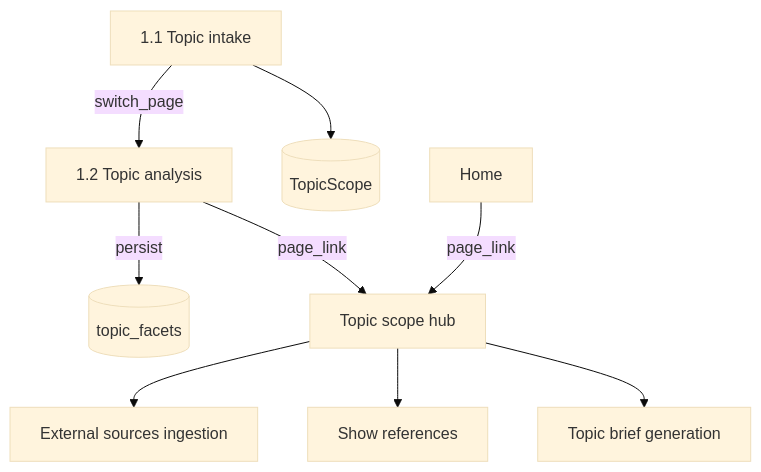
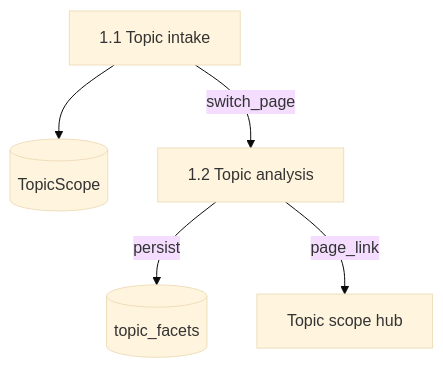
One commit to GustavoRusso/paper-reviewer changed the diagram in docs/specs/1.2-topic-analysis.md. Above: the diagram before and after it, drawn with Mermaid (base theme). The commit also changed other lines of this file and 10 other files, not shown here.

Commit message:
created a spec to define the Topic Scope hub page

````diff
--- a/docs/specs/1.2-topic-analysis.md
+++ b/docs/specs/1.2-topic-analysis.md
@@ -50,20 +48,12 @@
 ```mermaid
 flowchart TB
-  home[Home]
   intake[1.1 Topic intake]
   scope[(TopicScope)]
   analyze[1.2 Topic analysis]
   facets[(topic_facets)]
   hub[Topic scope hub]
-  ingest[External sources ingestion]
-  referencesSelection[Show references]
-  topicBrief[Topic brief generation]
-  home -->|page_link| hub
   intake -->|switch_page| analyze
   intake --> scope
   analyze -->|persist| facets
   analyze -->|page_link| hub
-  hub --> ingest
-  hub --> referencesSelection
-  hub --> topicBrief
 ```
````
